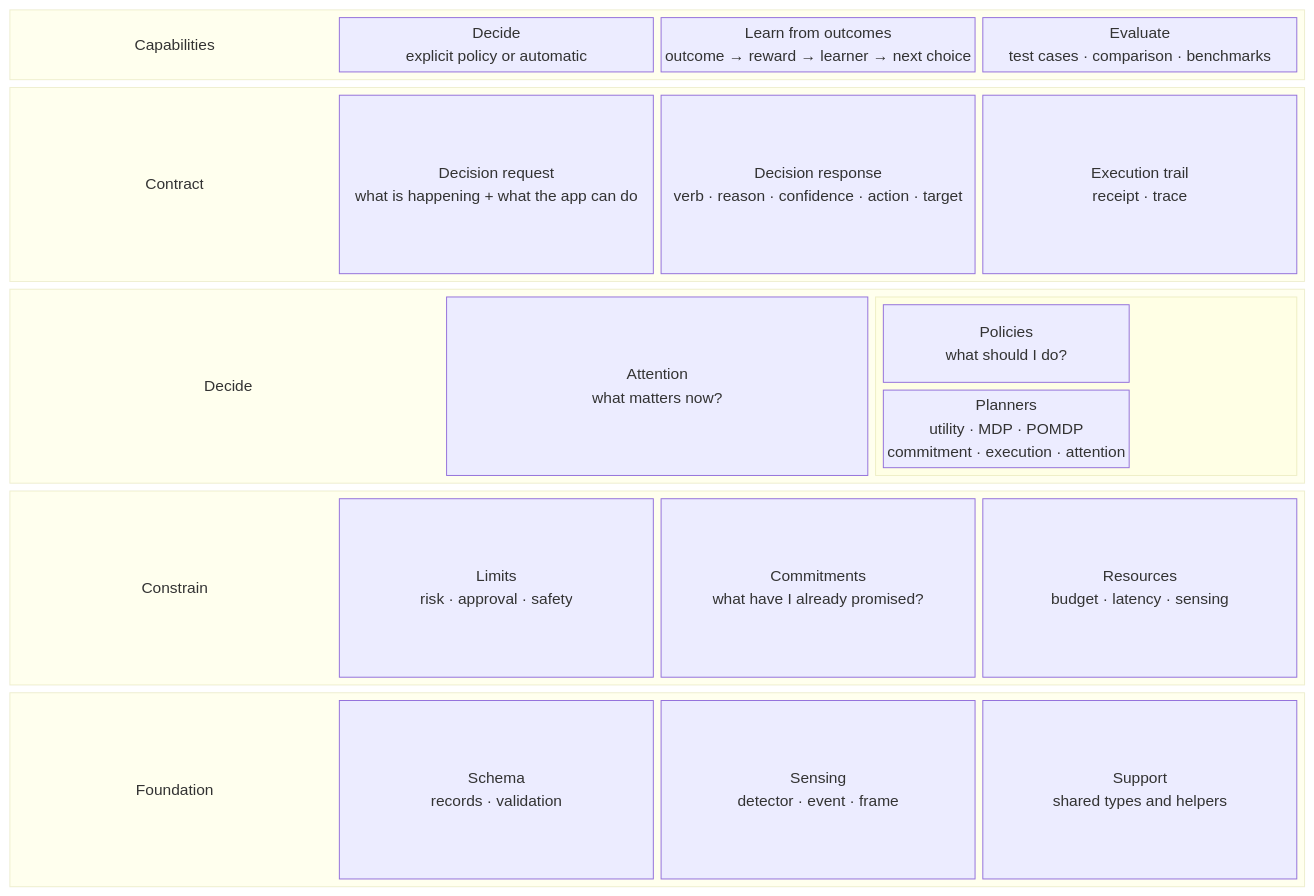
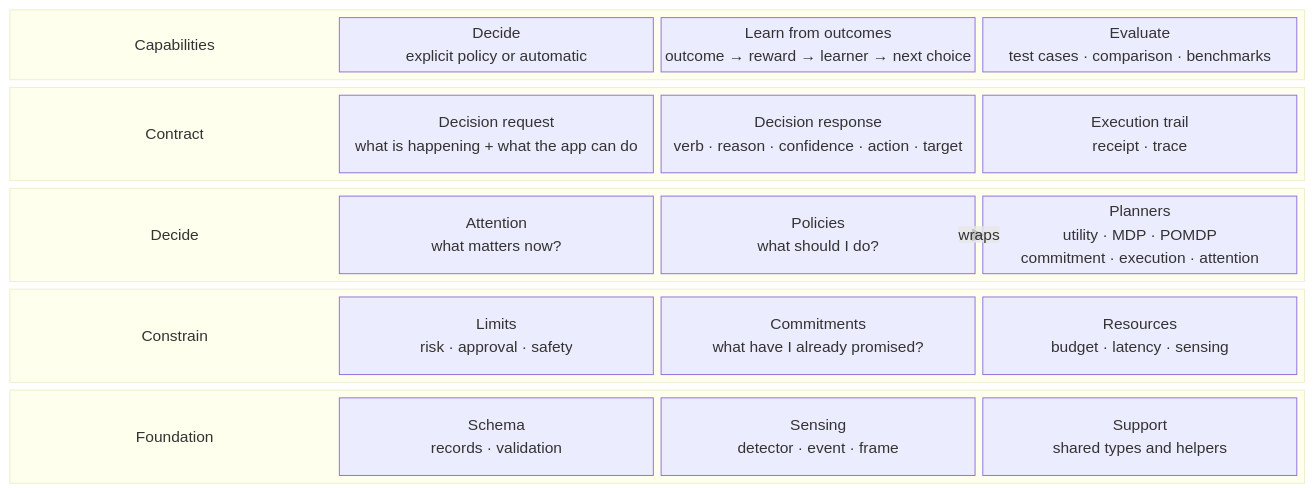
One commit to michaelatamuk/laix changed the diagram in docs/02-core/00-architecture.md. Above: the diagram before and after it, drawn with Mermaid.

Commit message:
docs: make the decide band fully horizontal
Replace the mixed horizontal/vertical layout with a consistent row and show that a policy wraps a planner with an arrow.

````diff
--- a/docs/02-core/00-architecture.md
+++ b/docs/02-core/00-architecture.md
@@ -6,53 +6,51 @@
 ```mermaid
 block-beta
     columns 1
 
     block:capabilities
         columns 4
         capabilities_label["Capabilities"]
         decide["Decide<br/>explicit policy or automatic"]
         learn["Learn from outcomes<br/>outcome → reward → learner → next choice"]
         evaluate["Evaluate<br/>test cases · comparison · benchmarks"]
     end
 
     block:contract
         columns 4
         contract_label["Contract"]
         request["Decision request<br/>what is happening + what the app can do"]
         response["Decision response<br/>verb · reason · confidence · action · target"]
         trail["Execution trail<br/>receipt · trace"]
     end
 
     block:decide_layer
-        columns 3
+        columns 4
         decide_layer_label["Decide"]
         attention["Attention<br/>what matters now?"]
-        block:policy_group
-            columns 1
-            policies["Policies<br/>what should I do?"]
-            planners["Planners<br/>utility · MDP · POMDP<br/>commitment · execution · attention"]
-        end
+        policies["Policies<br/>what should I do?"]
+        planners["Planners<br/>utility · MDP · POMDP<br/>commitment · execution · attention"]
+        policies -- "wraps" --> planners
     end
 
     block:constrain_layer
         columns 4
         constrain_layer_label["Constrain"]
         limits["Limits<br/>risk · approval · safety"]
         commitments["Commitments<br/>what have I already promised?"]
         resources["Resources<br/>budget · latency · sensing"]
     end
 
     block:foundation
         columns 4
         foundation_label["Foundation"]
         schema["Schema<br/>records · validation"]
         sensing["Sensing<br/>detector · event · frame"]
         support["Support<br/>shared types and helpers"]
     end
 
     style capabilities_label fill:transparent,stroke:transparent,font-size:22px,font-weight:bold
     style contract_label fill:transparent,stroke:transparent,font-size:14px,font-weight:bold
     style decide_layer_label fill:transparent,stroke:transparent,font-weight:bold
     style constrain_layer_label fill:transparent,stroke:transparent,font-weight:bold
     style foundation_label fill:transparent,stroke:transparent,font-weight:bold
 ```
````
